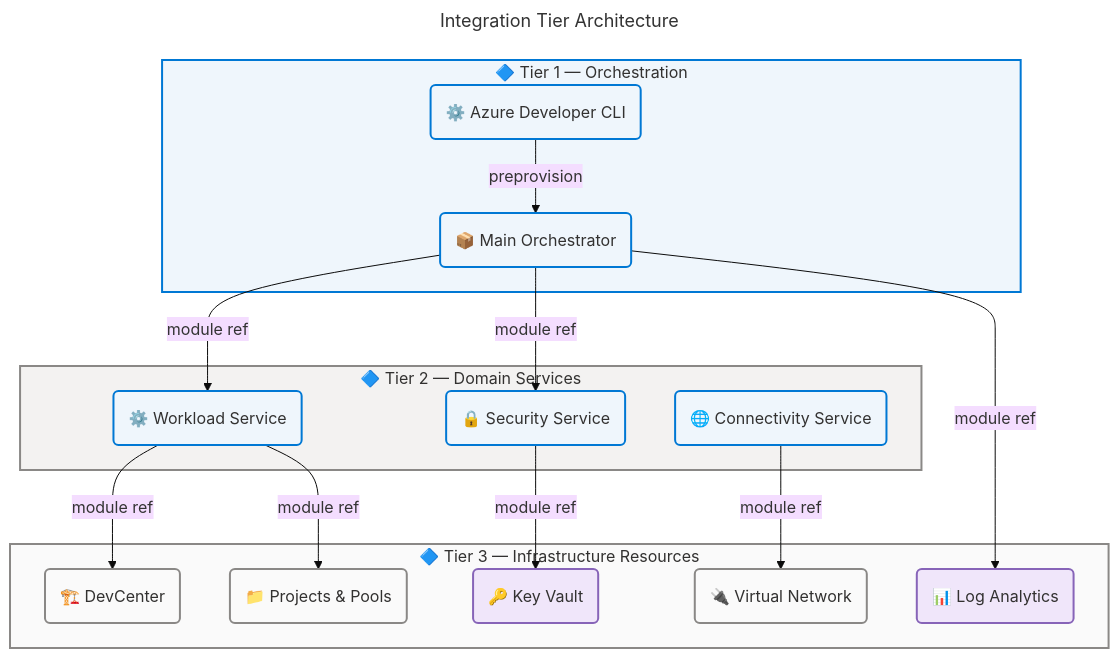
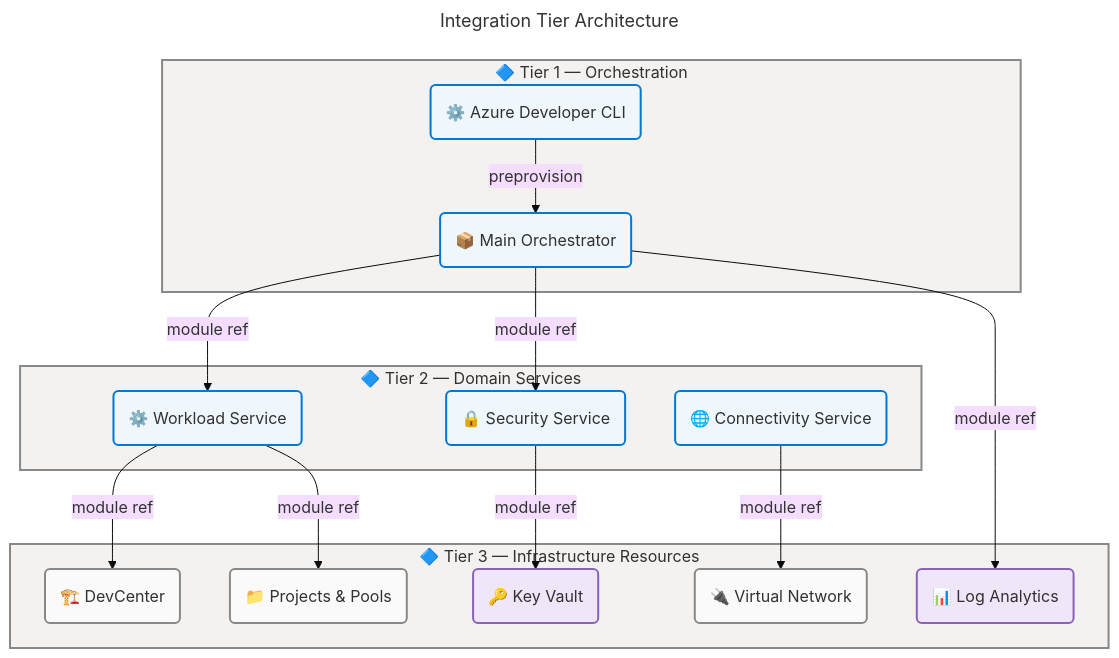
One commit to Evilazaro/DevExp-DevBox changed the third of 12 diagrams in docs/architecture/application-architecture.md. Above: the diagram before and after it, drawn with Mermaid. The commit also changed other lines of this file, not shown here.

Commit message:
feat: enhance application architecture diagrams with Azure Fluent Architecture Pattern guidelines

````diff
--- a/docs/architecture/application-architecture.md
+++ b/docs/architecture/application-architecture.md
@@ -188,52 +210,63 @@
 ```mermaid
 ---
 title: Integration Tier Architecture
 config:
   theme: base
   look: classic
   layout: dagre
   themeVariables:
     fontSize: '16px'
   flowchart:
     htmlLabels: true
 ---
 flowchart TB
     accTitle: Integration Tier Architecture Diagram
     accDescr: Shows the three-tier integration architecture from orchestration through domain services to infrastructure resources
+
+    %% ═══════════════════════════════════════════════════════════════════════════
+    %% AZURE / FLUENT ARCHITECTURE PATTERN v1.1
+    %% (Semantic + Structural + Font + Accessibility Governance)
+    %% ═══════════════════════════════════════════════════════════════════════════
+    %% PHASE 1 - FLUENT UI: All styling uses approved Fluent UI palette only
+    %% PHASE 2 - GROUPS: Every subgraph has semantic color via style directive
+    %% PHASE 3 - COMPONENTS: Every node has semantic classDef + icon prefix
+    %% PHASE 4 - ACCESSIBILITY: accTitle/accDescr present, WCAG AA contrast
+    %% PHASE 5 - STANDARD: Governance block present, classDefs centralized
+    %% ═══════════════════════════════════════════════════════════════════════════
 
     subgraph tier1["🔷 Tier 1 — Orchestration"]
         MAIN("📦 Main Orchestrator"):::core
         AZD("⚙️ Azure Developer CLI"):::core
     end
 
     subgraph tier2["🔷 Tier 2 — Domain Services"]
         WL("⚙️ Workload Service"):::core
         SEC("🔒 Security Service"):::core
         CONN("🌐 Connectivity Service"):::core
     end
 
     subgraph tier3["🔷 Tier 3 — Infrastructure Resources"]
         DC("🏗️ DevCenter"):::neutral
         KV("🔑 Key Vault"):::data
         VNET("🔌 Virtual Network"):::neutral
         LA("📊 Log Analytics"):::data
         PROJ("📁 Projects & Pools"):::neutral
     end
 
     AZD -->|"preprovision"| MAIN
     MAIN -->|"module ref"| WL
     MAIN -->|"module ref"| SEC
     MAIN -->|"module ref"| LA
     WL -->|"module ref"| DC
     WL -->|"module ref"| PROJ
     SEC -->|"module ref"| KV
     CONN -->|"module ref"| VNET
 
-    style tier1 fill:#EFF6FC,stroke:#0078D4,stroke-width:2px,color:#323130
+    style tier1 fill:#F3F2F1,stroke:#8A8886,stroke-width:2px,color:#323130
     style tier2 fill:#F3F2F1,stroke:#8A8886,stroke-width:2px,color:#323130
-    style tier3 fill:#FAFAFA,stroke:#8A8886,stroke-width:2px,color:#323130
+    style tier3 fill:#F3F2F1,stroke:#8A8886,stroke-width:2px,color:#323130
 
     classDef neutral fill:#FAFAFA,stroke:#8A8886,stroke-width:2px,color:#323130
     classDef core fill:#EFF6FC,stroke:#0078D4,stroke-width:2px,color:#323130
     classDef data fill:#F0E6FA,stroke:#8764B8,stroke-width:2px,color:#323130
 ```
````
